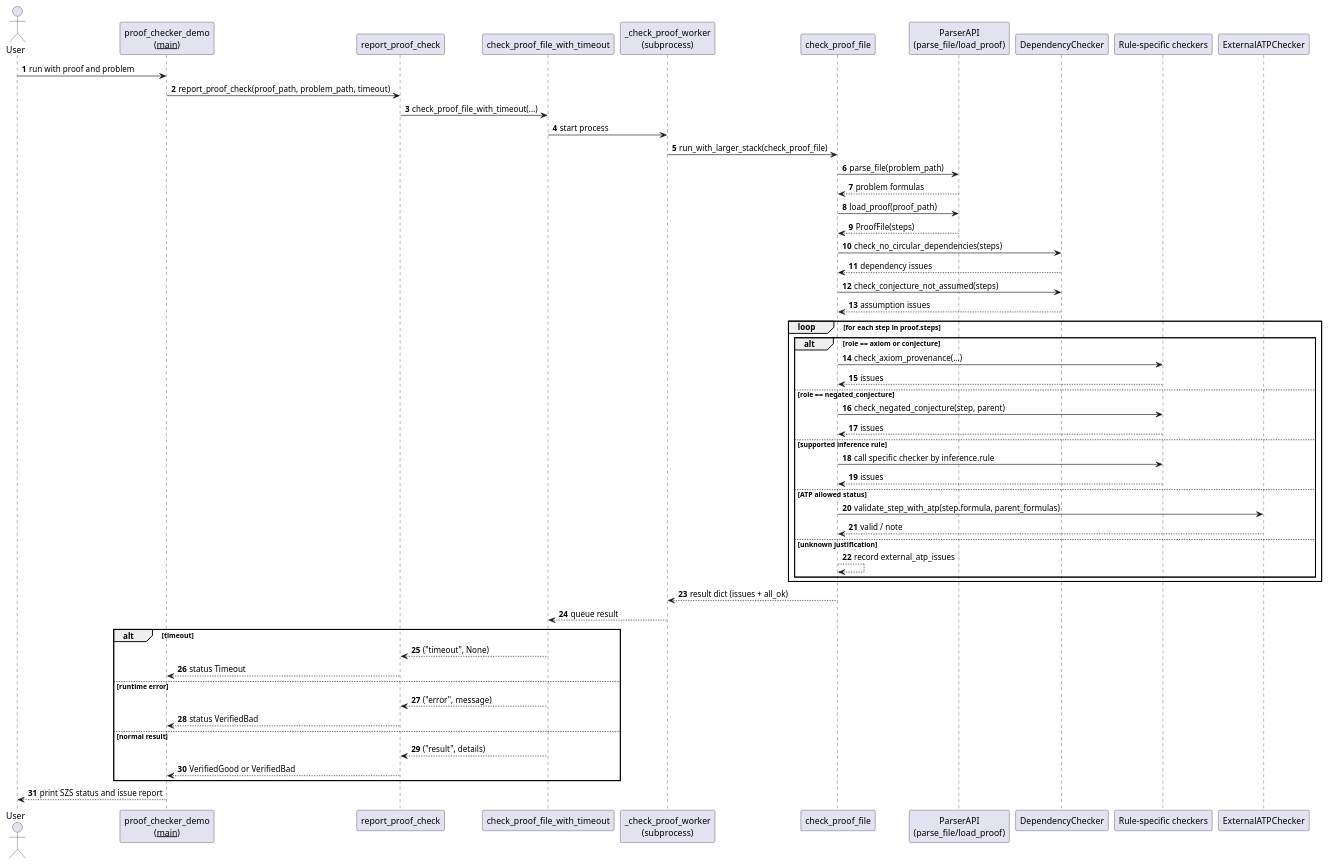
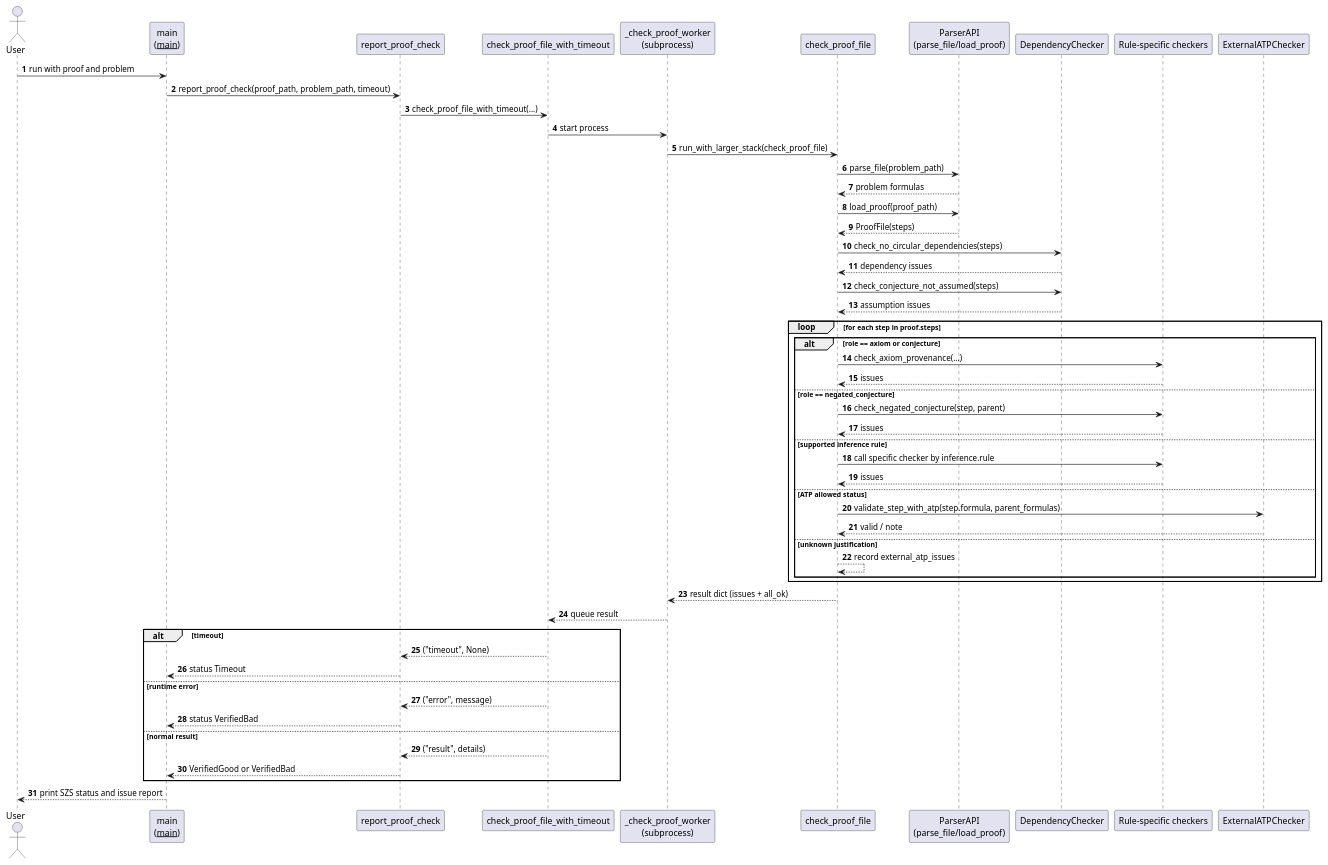
One commit to AlexanderGiller/master-thesis-proover changed the diagram in thesis/diagrams/sequence_diagram_check_proof.puml. Above: the diagram before and after it, drawn with PlantUML. The commit also changed 2 other files, not shown here.

Commit message:
class and sequencediagram of project with plantuml

```diff
--- a/thesis/diagrams/sequence_diagram_check_proof.puml
+++ b/thesis/diagrams/sequence_diagram_check_proof.puml
@@ -1,65 +1,65 @@
 @startuml
 ' Sequence diagram for a single proof check run
 autonumber
 
 actor User
-participant "proof_checker_demo\n(__main__)" as CLI
+participant "main\n(__main__)" as CLI
 participant "report_proof_check" as Report
 participant "check_proof_file_with_timeout" as TimeoutWrap
 participant "_check_proof_worker\n(subprocess)" as Worker
 participant "check_proof_file" as Checker
 participant "ParserAPI\n(parse_file/load_proof)" as Parser
 participant "DependencyChecker" as Dep
 participant "Rule-specific checkers" as RuleCheckers
 participant "ExternalATPChecker" as ATP
 
 User -> CLI : run with proof and problem
 CLI -> Report : report_proof_check(proof_path, problem_path, timeout)
 Report -> TimeoutWrap : check_proof_file_with_timeout(...)
 TimeoutWrap -> Worker : start process
 Worker -> Checker : run_with_larger_stack(check_proof_file)
 
 Checker -> Parser : parse_file(problem_path)
 Parser --> Checker : problem formulas
 Checker -> Parser : load_proof(proof_path)
 Parser --> Checker : ProofFile(steps)
 
 Checker -> Dep : check_no_circular_dependencies(steps)
 Dep --> Checker : dependency issues
 Checker -> Dep : check_conjecture_not_assumed(steps)
 Dep --> Checker : assumption issues
 
 loop for each step in proof.steps
   alt role == axiom or conjecture
     Checker -> RuleCheckers : check_axiom_provenance(...)
     RuleCheckers --> Checker : issues
   else role == negated_conjecture
     Checker -> RuleCheckers : check_negated_conjecture(step, parent)
     RuleCheckers --> Checker : issues
   else supported inference rule
     Checker -> RuleCheckers : call specific checker by inference.rule
     RuleCheckers --> Checker : issues
   else ATP allowed status
     Checker -> ATP : validate_step_with_atp(step.formula, parent_formulas)
     ATP --> Checker : valid / note
   else unknown justification
     Checker --> Checker : record external_atp_issues
   end
 end
 
 Checker --> Worker : result dict (issues + all_ok)
 Worker --> TimeoutWrap : queue result
 
 alt timeout
   TimeoutWrap --> Report : ("timeout", None)
   Report --> CLI : status Timeout
 else runtime error
   TimeoutWrap --> Report : ("error", message)
   Report --> CLI : status VerifiedBad
 else normal result
   TimeoutWrap --> Report : ("result", details)
   Report --> CLI : VerifiedGood or VerifiedBad
 end
 
 CLI --> User : print SZS status and issue report
 @enduml
```
